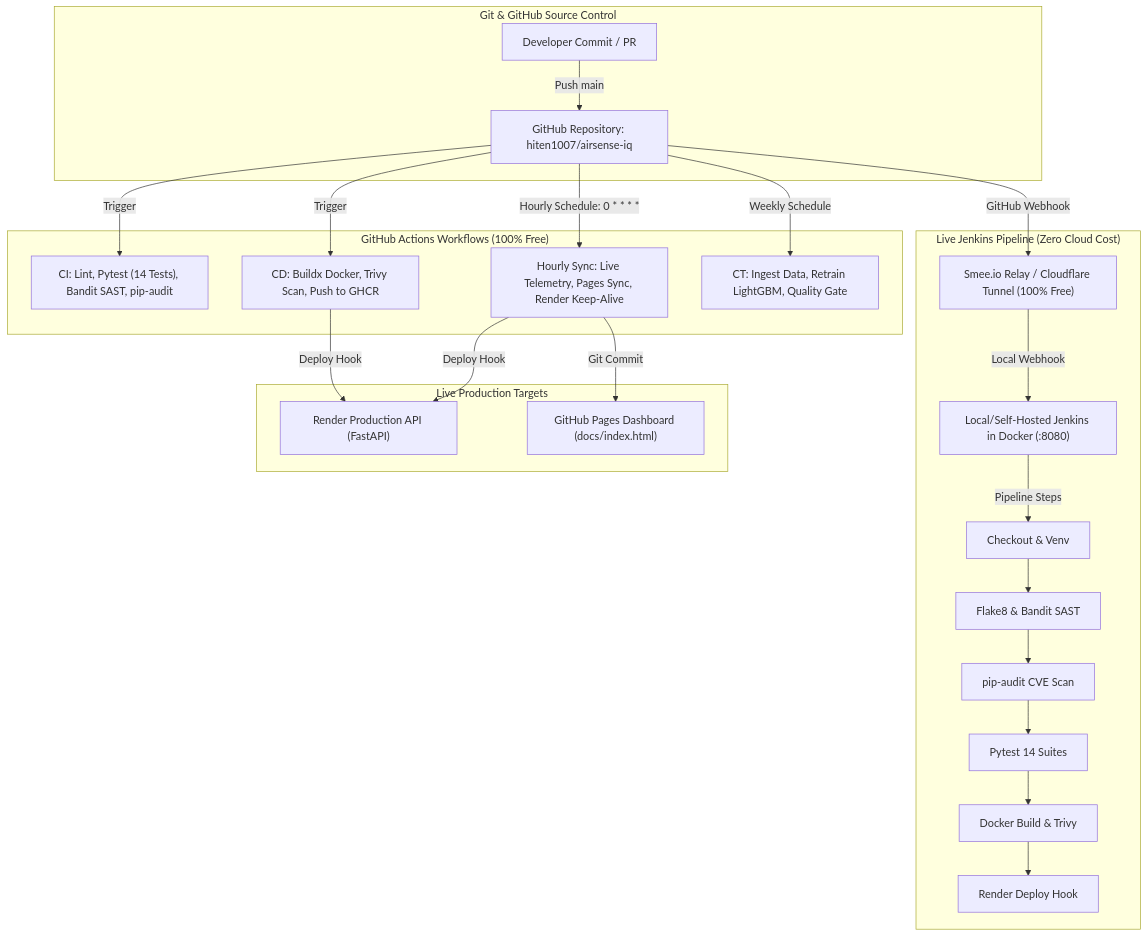
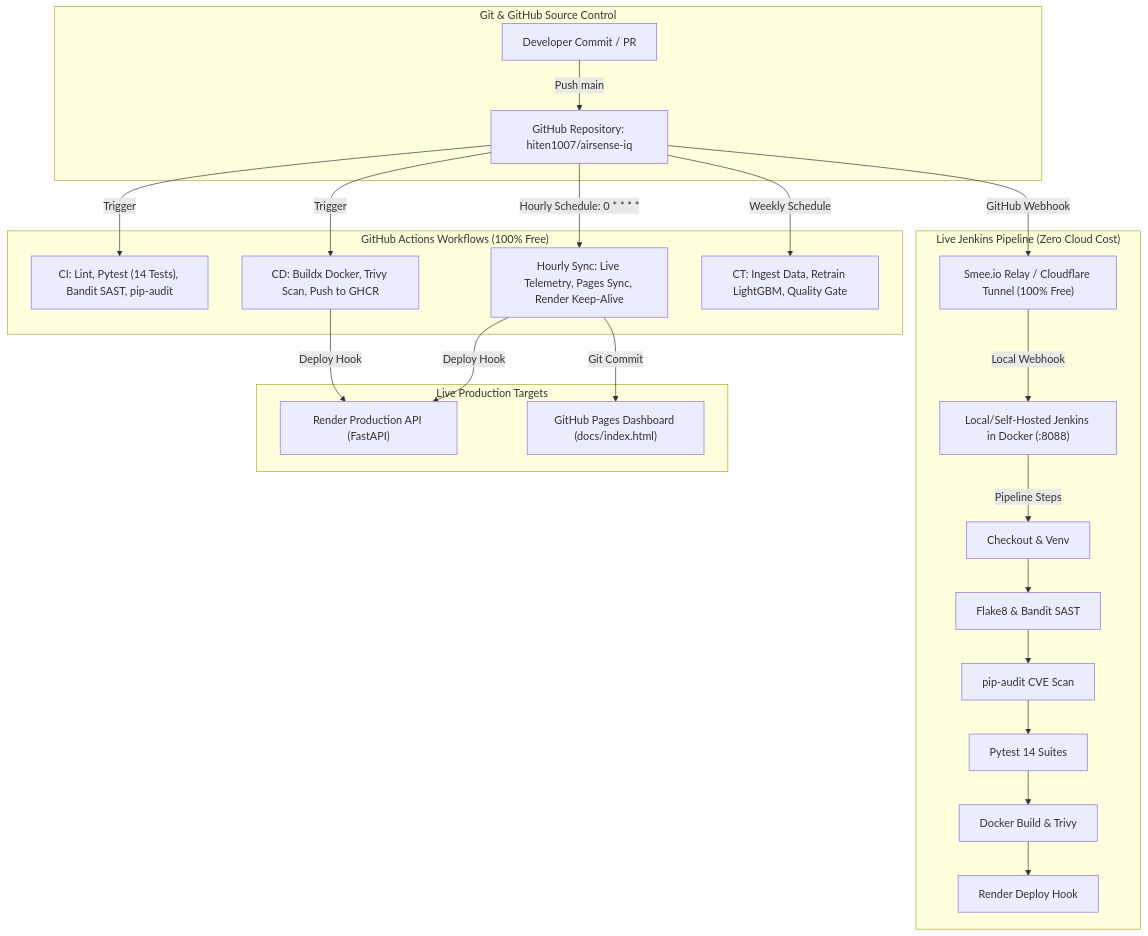
The diagram in docs/CI_CD_JENKINS_SECURITY_GUIDE.md (Hiten1007/airsense-iq), drawn with Mermaid before and after one commit. The commit also changed other lines of this file, not shown here.

Commit message:
docs(jenkins): update port 8088 and smee trailing-slash workaround

````diff
--- a/docs/CI_CD_JENKINS_SECURITY_GUIDE.md
+++ b/docs/CI_CD_JENKINS_SECURITY_GUIDE.md
@@ -25,30 +25,30 @@
 ```mermaid
 flowchart TD
     subgraph VersionControl["Git & GitHub Source Control"]
         Dev[Developer Commit / PR] -->|Push main| GHRepo[GitHub Repository: hiten1007/airsense-iq]
     end
 
     subgraph GitHubActions["GitHub Actions Workflows (100% Free)"]
         GHRepo -->|Trigger| CIWorkflow["CI: Lint, Pytest (14 Tests), Bandit SAST, pip-audit"]
         GHRepo -->|Trigger| CDWorkflow["CD: Buildx Docker, Trivy Scan, Push to GHCR"]
         GHRepo -->|Hourly Schedule: 0 * * * *| HourlyWorkflow["Hourly Sync: Live Telemetry, Pages Sync, Render Keep-Alive"]
         GHRepo -->|Weekly Schedule| CTWorkflow["CT: Ingest Data, Retrain LightGBM, Quality Gate"]
     end
 
     subgraph JenkinsFreeStack["Live Jenkins Pipeline (Zero Cloud Cost)"]
         GHRepo -->|GitHub Webhook| SmeeProxy["Smee.io Relay / Cloudflare Tunnel (100% Free)"]
-        SmeeProxy -->|Local Webhook| JenkinsLocal["Local/Self-Hosted Jenkins in Docker (:8080)"]
+        SmeeProxy -->|Local Webhook| JenkinsLocal["Local/Self-Hosted Jenkins in Docker (:8088)"]
         JenkinsLocal -->|Pipeline Steps| JP1[Checkout & Venv]
         JP1 --> JP2[Flake8 & Bandit SAST]
         JP2 --> JP3[pip-audit CVE Scan]
         JP3 --> JP4[Pytest 14 Suites]
         JP4 --> JP5[Docker Build & Trivy]
         JP5 --> JP6[Render Deploy Hook]
     end
 
     subgraph DeploymentTargets["Live Production Targets"]
         CDWorkflow -->|Deploy Hook| RenderAPI["Render Production API (FastAPI)"]
         HourlyWorkflow -->|Deploy Hook| RenderAPI
         HourlyWorkflow -->|Git Commit| GHPages["GitHub Pages Dashboard (docs/index.html)"]
     end
 ```
````
